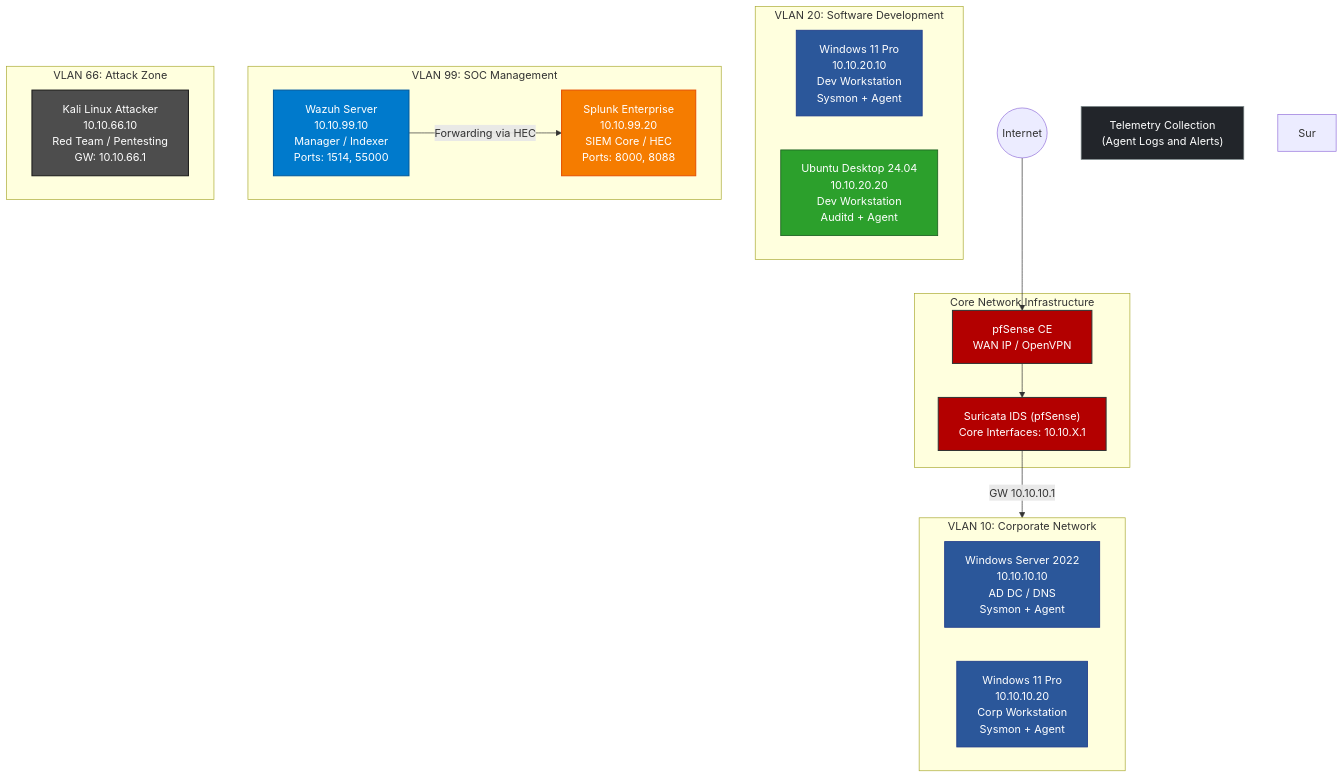
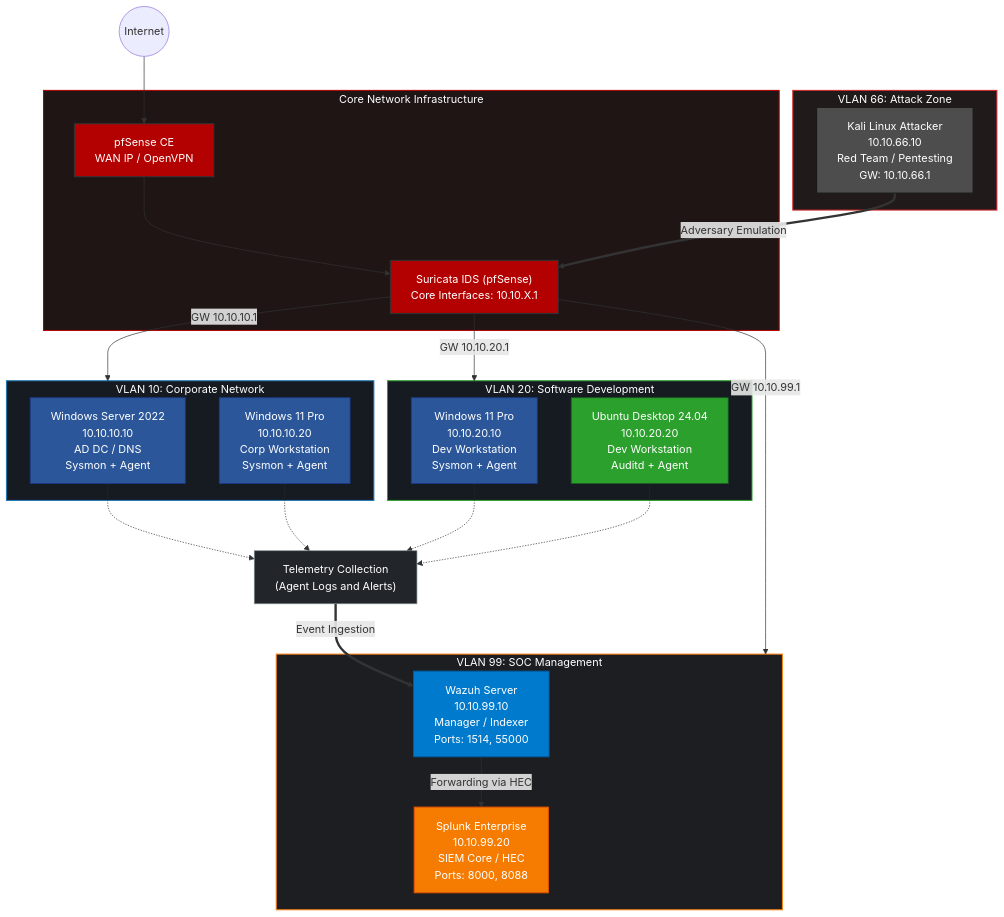
One commit to DanielBandarica02/SOC-HomeLab changed the diagram in README.md. Above: the diagram before and after it, drawn with Mermaid.

````diff
--- a/README.md
+++ b/README.md
@@ -17,60 +17,80 @@
 ```mermaid
 graph TD
     %% ==========================================
     %% STYLE AND COLOR CONFIGURATION
     %% ==========================================
     classDef pfSense fill:#b30000,stroke:#333,stroke-width:1.5px,color:#fff;
     classDef wazuh fill:#007acc,stroke:#005a9e,stroke-width:1.5px,color:#fff;
     classDef splunk fill:#f57c00,stroke:#e65100,stroke-width:1.5px,color:#fff;
     classDef windows fill:#2b579a,stroke:#1e3a8a,stroke-width:1.2px,color:#fff;
     classDef linux fill:#2ca02c,stroke:#1b5e20,stroke-width:1.2px,color:#fff;
     classDef kali fill:#4d4d4d,stroke:#1a1a1a,stroke-width:1.5px,color:#fff;
     classDef logs fill:#22252a,stroke:#7f8c8d,stroke-width:1px,color:#fff;
 
     %% ==========================================
     %% PERIMETER / FIREWALL BLOCK
     %% ==========================================
     Internet((Internet)) --> pfSense
     
     subgraph LAB_CORE [Core Network Infrastructure]
         pfSense[pfSense CE<br>WAN IP / OpenVPN]:::pfSense
         Suricata["Suricata IDS (pfSense)<br>Core Interfaces: 10.10.X.1"]:::pfSense
         pfSense --> Suricata
     end
 
     %% ==========================================
     %% INTERNAL NETWORK SEGMENTS
     %% ==========================================
     
     subgraph CORP_ZONE [VLAN 10: Corporate Network]
         WinServer["Windows Server 2022<br>10.10.10.10<br>AD DC / DNS<br>Sysmon + Agent"]:::windows
         Win11Corp["Windows 11 Pro<br>10.10.10.20<br>Corp Workstation<br>Sysmon + Agent"]:::windows
     end
 
     subgraph DEV_ZONE [VLAN 20: Software Development]
         Win11Dev["Windows 11 Pro<br>10.10.20.10<br>Dev Workstation<br>Sysmon + Agent"]:::windows
         UbuDesk["Ubuntu Desktop 24.04<br>10.10.20.20<br>Dev Workstation<br>Auditd + Agent"]:::linux
     end
 
     subgraph SOC_ZONE [VLAN 99: SOC Management]
         Wazuh["Wazuh Server<br>10.10.99.10<br>Manager / Indexer<br>Ports: 1514, 55000"]:::wazuh
         Splunk["Splunk Enterprise<br>10.10.99.20<br>SIEM Core / HEC<br>Ports: 8000, 8088"]:::splunk
         Wazuh -->|Forwarding via HEC| Splunk
     end
 
     %% ==========================================
     %% ATTACK SEGMENT
     %% ==========================================
     subgraph ATK_NET [VLAN 66: Attack Zone]
         Kali["Kali Linux Attacker<br>10.10.66.10<br>Red Team / Pentesting<br>GW: 10.10.66.1"]:::kali
     end
 
     %% ==========================================
     %% LOGICAL LOG CONCENTRATOR
     %% ==========================================
     LogCollector["Telemetry Collection<br>(Agent Logs and Alerts)"]:::logs
 
     %% Routing and Network Flows from Core
     Suricata -->|GW 10.10.10.1| CORP_ZONE
-    Sur
+    Suricata -->|GW 10.10.20.1| DEV_ZONE
+    Suricata -->|GW 10.10.99.1| SOC_ZONE
+
+    %% Attack Flow
+    Kali ==>|Adversary Emulation| Suricata
+    
+    %% Telemetry Flows
+    WinServer -.-> LogCollector
+    Win11Corp -.-> LogCollector
+    Win11Dev -.-> LogCollector
+    UbuDesk -.-> LogCollector
+    LogCollector ==>|Event Ingestion| Wazuh
+
+    %% ==========================================
+    %% DARK MODE STYLES FOR THE CONTAINERS
+    %% ==========================================
+    style CORP_ZONE fill:#161b22,stroke:#1f77b4,stroke-width:1.5px,color:#fff;
+    style DEV_ZONE fill:#161b22,stroke:#2ca02c,stroke-width:1.5px,color:#fff;
+    style SOC_ZONE fill:#1c1e22,stroke:#ff7f0e,stroke-width:1.5px,color:#fff;
+    style ATK_NET fill:#211a1a,stroke:#d62728,stroke-width:1.5px,color:#fff;
+    style LAB_CORE fill:#1f1515,stroke:#b30000,stroke-width:1.5px,color:#fff;
 ```
````
